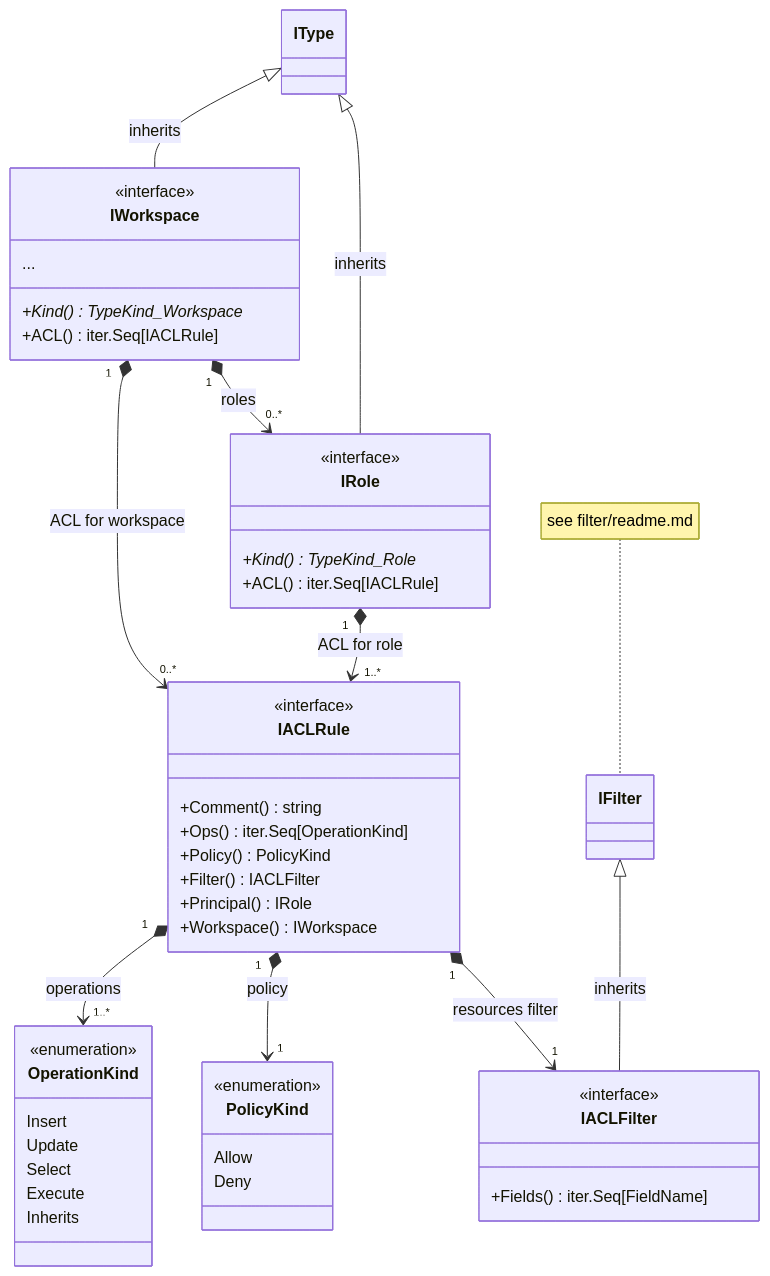
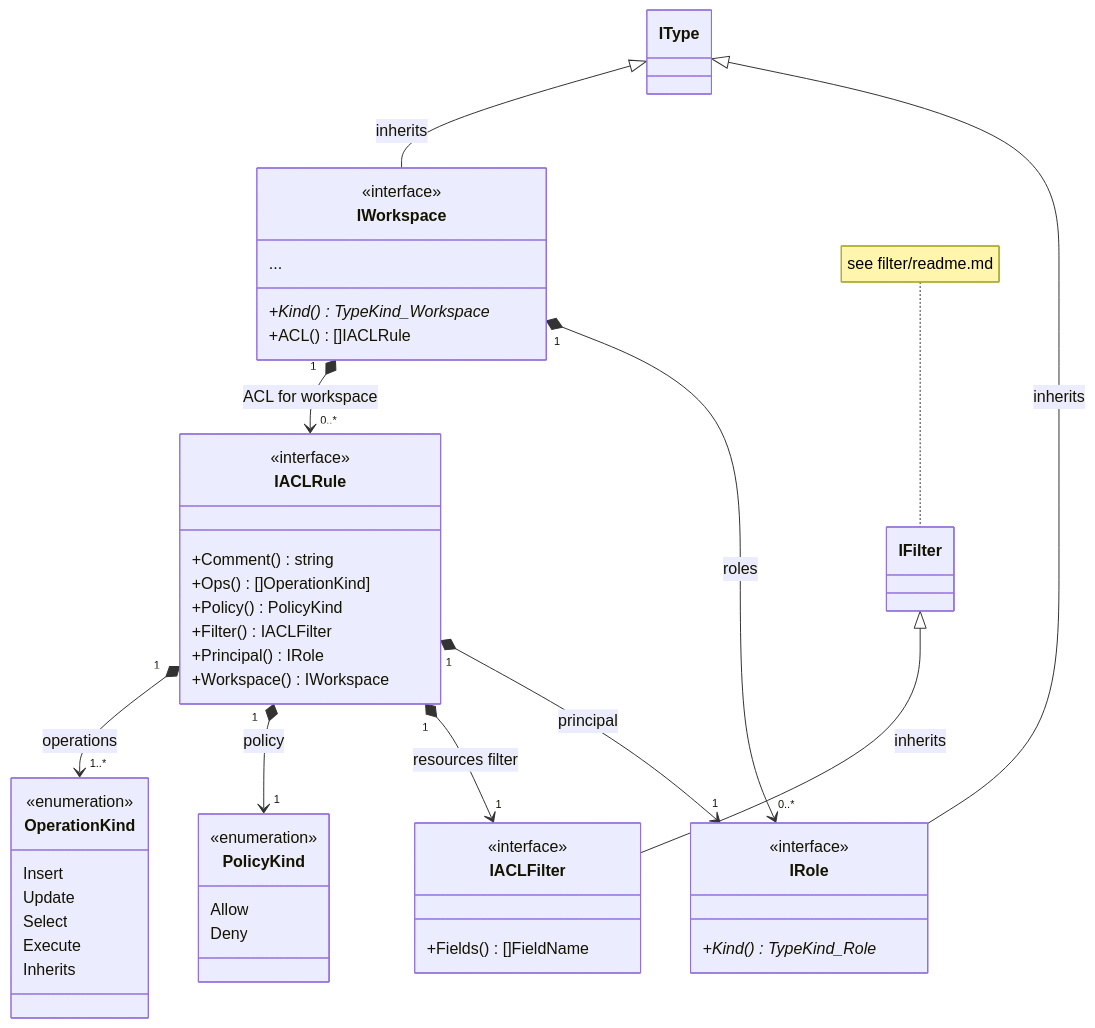
The ninth of 9 diagrams in pkg/appdef/README.md (voedger/voedger), drawn with Mermaid before and after one commit. The commit also changed other lines of this file and 25 other files, not shown here.

````diff
--- a/pkg/appdef/README.md
+++ b/pkg/appdef/README.md
@@ -650,62 +661,61 @@
 ```mermaid
     classDiagram
     IType <|-- IWorkspace : inherits
 
     class IWorkspace {
         <<interface>>
         +Kind()* TypeKind_Workspace
         ...
-        +ACL() iter.Seq[IACLRule]
+        +ACL() []IACLRule
     }
     IWorkspace "1" *--> "0..*" IACLRule : ACL for workspace
     IWorkspace "1" *--> "0..*" IRole : roles
 
     IType <|-- IRole : inherits
     class IRole {
         <<interface>>
         +Kind()* TypeKind_Role
-        +ACL() iter.Seq[IACLRule]
     }
-
-    IRole "1" *--> "1..*" IACLRule : ACL for role
 
     class IACLRule {
         <<interface>>
         +Comment() string
-        +Ops() iter.Seq[OperationKind]
+        +Ops() []OperationKind]
         +Policy() PolicyKind
         +Filter() IACLFilter
         +Principal() IRole
         +Workspace() IWorkspace
     }
 
     IACLRule "1" *--> "1..*" OperationKind : operations
     
     class OperationKind {
         <<enumeration>>
         Insert
         Update
         Select
         Execute
         Inherits
     }
 
     IACLRule "1" *--> "1" PolicyKind : policy
     
     class PolicyKind {
         <<enumeration>>
         Allow
         Deny
     }
 
     IACLRule "1" *--> "1" IACLFilter : resources filter
 
     class IACLFilter {
         <<interface>>
-        +Fields()iter.Seq[FieldName]
+        +Fields()[]FieldName
     }
 
     IFilter <|-- IACLFilter : inherits
 
     note for IFilter "see filter/readme.md"
+
+    IACLRule "1" *--> "1" IRole : principal
 ```
````
